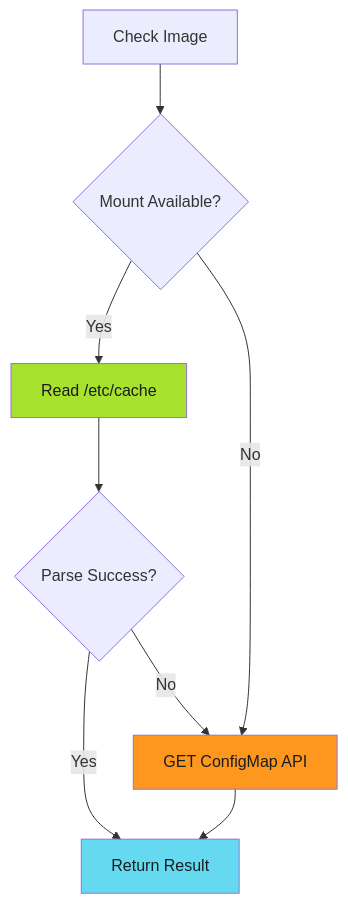
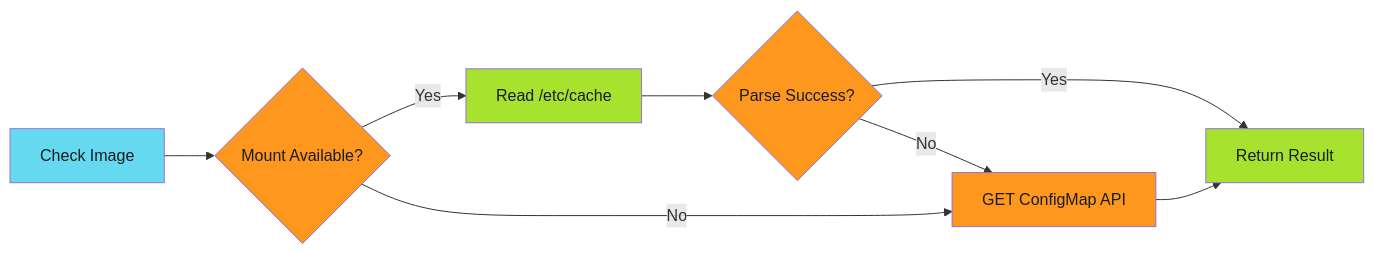
Before and after one commit to adaptive-enforcement-lab/adaptive-enforcement-lab-com: the third of 3 diagrams in docs/blog/posts/2025-11-29-from-5-seconds-to-5-milliseconds.md, drawn with Mermaid. The commit also changed other lines of this file, not shown here.

First line of the commit message:
Streamline blog post and fix mermaid diagrams (#46)

````diff
--- a/docs/blog/posts/2025-11-29-from-5-seconds-to-5-milliseconds.md
+++ b/docs/blog/posts/2025-11-29-from-5-seconds-to-5-milliseconds.md
@@ -168,14 +170,17 @@
 ```mermaid
-flowchart TD
+flowchart LR
     A[Check Image] --> B{Mount Available?}
     B -->|Yes| C[Read /etc/cache]
     B -->|No| D[GET ConfigMap API]
     C --> E{Parse Success?}
     E -->|Yes| F[Return Result]
     E -->|No| D
     D --> F
 
+    style A fill:#65d9ef,color:#1b1d1e
+    style B fill:#fd971e,color:#1b1d1e
     style C fill:#a7e22e,color:#1b1d1e
     style D fill:#fd971e,color:#1b1d1e
-    style F fill:#65d9ef,color:#1b1d1e
+    style E fill:#fd971e,color:#1b1d1e
+    style F fill:#a7e22e,color:#1b1d1e
 ```
````
